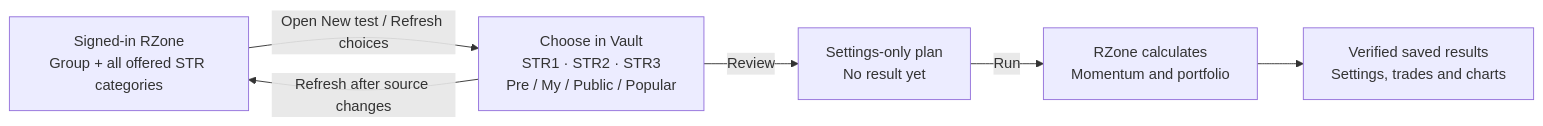
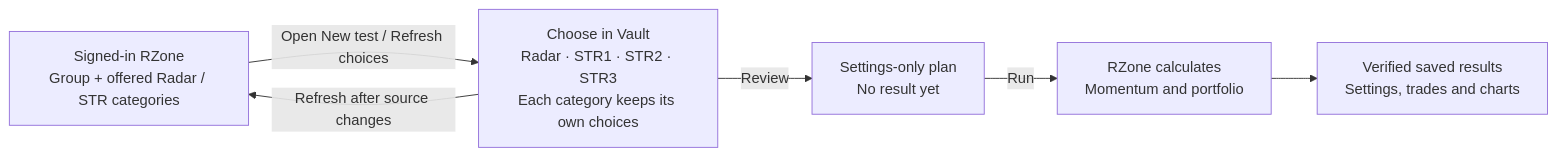
Before and after one commit to mamamiya7/backtest-vault: the third of 12 diagrams in README.md, drawn with Mermaid. The commit also changed other lines of this file and 19 other files, not shown here.

Commit message:
Load Radar categories and keep backtest setup on one page

````diff
--- a/README.md
+++ b/README.md
@@ -54,8 +54,8 @@
 ```mermaid
 flowchart LR
-    A["Signed-in RZone<br/>Group + all offered STR categories"] -->|"Open New test / Refresh choices"| B["Choose in Vault<br/>STR1 · STR2 · STR3<br/>Pre / My / Public / Popular"]
+    A["Signed-in RZone<br/>Group + offered Radar / STR categories"] -->|"Open New test / Refresh choices"| B["Choose in Vault<br/>Radar · STR1 · STR2 · STR3<br/>Each category keeps its own choices"]
     B -->|"Refresh after source changes"| A
     B -->|"Review"| C["Settings-only plan<br/>No result yet"]
     C -->|"Run"| D["RZone calculates<br/>Momentum and portfolio"]
     D --> E["Verified saved results<br/>Settings, trades and charts"]
 ```
````
